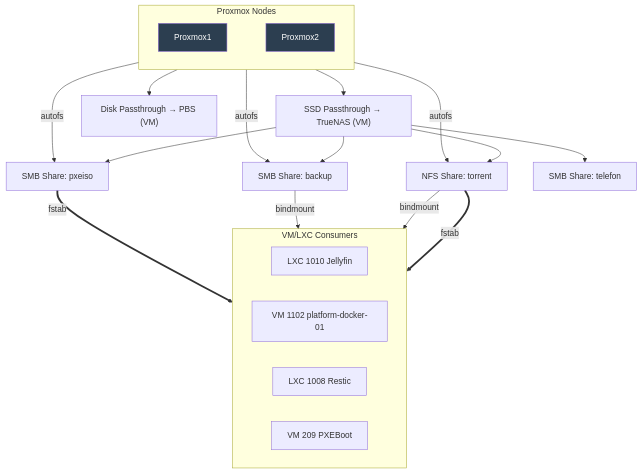
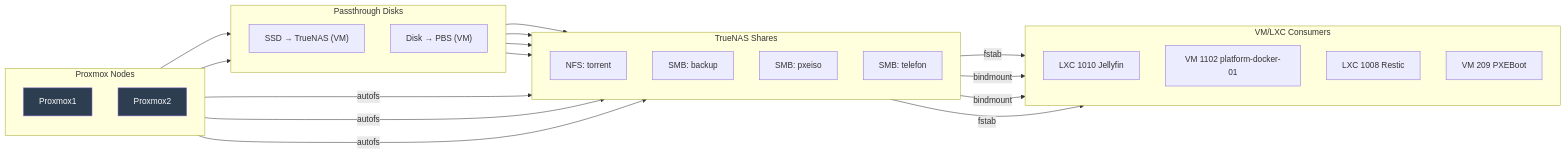
The first of 2 diagrams in 13-Design_Decisions/README_HU.md (torokrolf/homelab), drawn with Mermaid before and after one commit.

````diff
--- a/13-Design_Decisions/README_HU.md
+++ b/13-Design_Decisions/README_HU.md
@@ -56,52 +56,57 @@
 ```mermaid
-flowchart TB
-    %% Smooth lines
+flowchart LR
     linkStyle default interpolate basis
 
-    %% Top row: Forced order with Proxmox1 first
+    %% PROXMOX LAYER
     subgraph PROXMOX["Proxmox Nodes"]
-        direction LR
+        direction TB
         PVE1["Proxmox1"]
         PVE2["Proxmox2"]
-        %% Invisible link to force ordering
-        PVE1 ~~~ PVE2
     end
 
-    %% Passthrough disks going directly to VMs (middle layer)
-    SSD_TRUENAS["SSD Passthrough → TrueNAS (VM)"]
-    SSD_PBS["Disk Passthrough → PBS (VM)"]
+    %% PASSTHROUGH LAYER
+    subgraph STORAGE["Passthrough Disks"]
+        direction TB
+        SSD_TRUENAS["SSD → TrueNAS (VM)"]
+        SSD_PBS["Disk → PBS (VM)"]
+    end
 
-    %% Passthrough connections (PVE2-höz kötve)
-    PVE2 --> SSD_TRUENAS
-    PVE2 --> SSD_PBS
+    %% EXPORT LAYER
+    subgraph EXPORTS["TrueNAS Shares"]
+        direction TB
+        NFS["NFS: torrent"]
+        SMB1["SMB: backup"]
+        SMB2["SMB: pxeiso"]
+        SMB3["SMB: telefon"]
+    end
 
-    %% TrueNAS storage exports
-    SSD_TRUENAS --> NFS["NFS Share: torrent"]
-    SSD_TRUENAS --> SMB1["SMB Share: backup"]
-    SSD_TRUENAS --> SMB2["SMB Share: pxeiso"]
-    SSD_TRUENAS --> SMB3["SMB Share: telefon"]
-
-    %% Proxmox1 mounts with autofs (telefon nélkül)
-    PVE1 -- "autofs" --> NFS
-    PVE1 -- "autofs" --> SMB1
-    PVE1 -- "autofs" --> SMB2
-
-    %% Consumers (bottom row) - Egységes stílus
+    %% CONSUMERS
     subgraph CONSUMERS["VM/LXC Consumers"]
-        direction LR
+        direction TB
         JELLY["LXC 1010 Jellyfin"]
         DOCKER["VM 1102 platform-docker-01"]
         RESTIC["LXC 1008 Restic"]
         PXEVM["VM 209 PXEBoot"]
     end
 
-    %% Storage → Consumers connections
-    NFS ==>|fstab| DOCKER
-    NFS -- "bindmount" --> JELLY
-    SMB1 -- "bindmount" --> RESTIC
-    SMB2 ==>|fstab| PXEVM
-    
-    %% Styling
+    %% Connections
+    PVE2 --> SSD_TRUENAS
+    PVE2 --> SSD_PBS
+
+    SSD_TRUENAS --> NFS
+    SSD_TRUENAS --> SMB1
+    SSD_TRUENAS --> SMB2
+    SSD_TRUENAS --> SMB3
+
+    PVE1 -->|autofs| NFS
+    PVE1 -->|autofs| SMB1
+    PVE1 -->|autofs| SMB2
+
+    NFS -->|fstab| DOCKER
+    NFS -->|bindmount| JELLY
+    SMB1 -->|bindmount| RESTIC
+    SMB2 -->|fstab| PXEVM
+
     classDef pve fill:#2c3e50,color:#fff;
     class PVE1,PVE2 pve;
 ```
````
